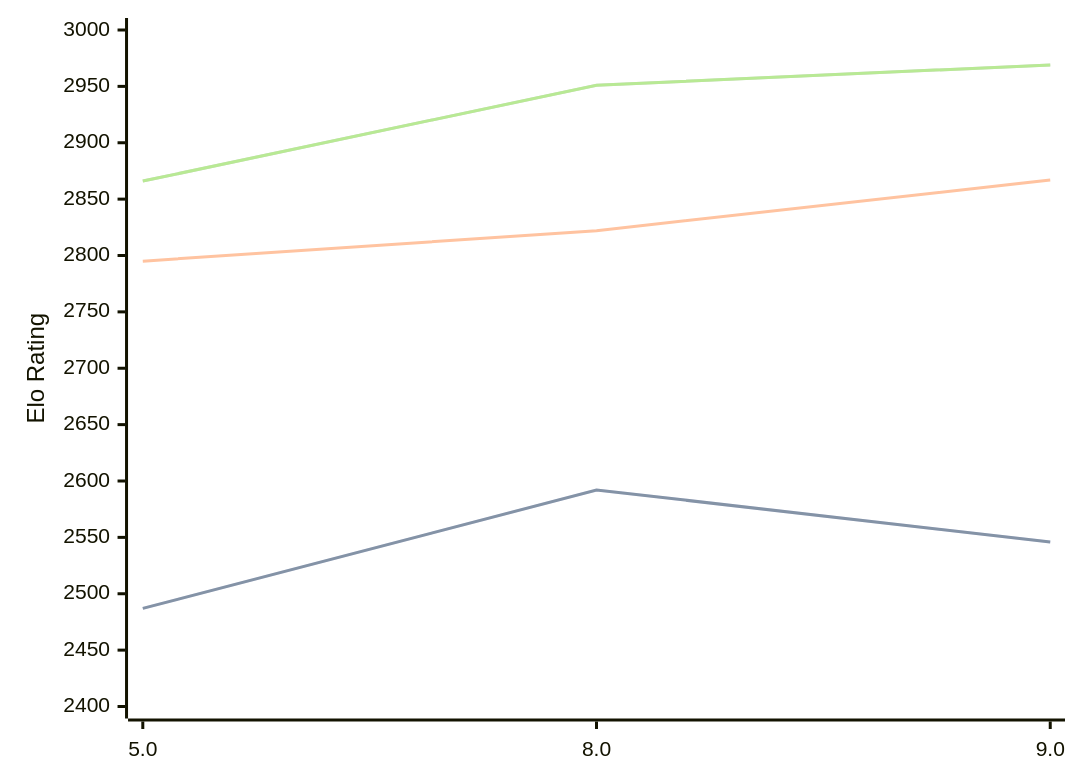
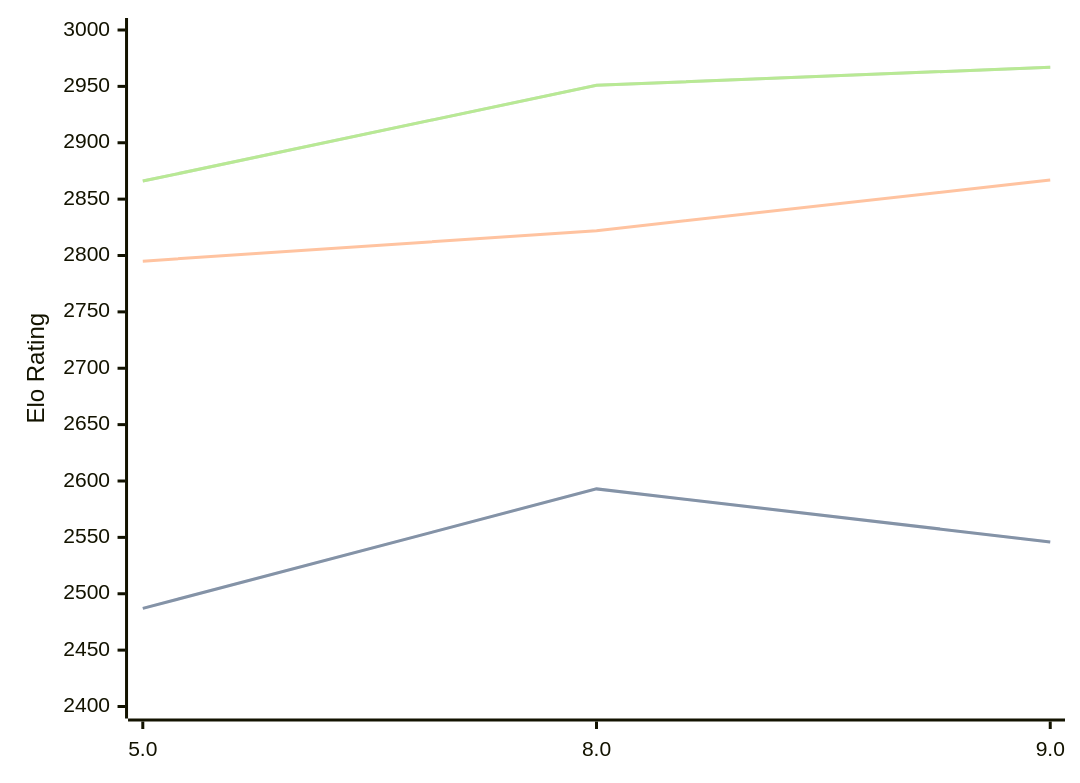
Before and after one commit to computer-chess-index/cci: the diagram in engines/4kc.md, drawn with Mermaid. The commit also changed other lines of this file, not shown here.

Commit message:
Update CCI Ratings (ELO VLTC) - 2026-09-30

````diff
--- a/engines/4kc.md
+++ b/engines/4kc.md
@@ -33,11 +33,11 @@
 ```mermaid
 %%{init: {"theme":"base","themeVariables":{"seriesColors:['#a3a3a3','#222221','#faa371']}}}%%
 xychart-beta
   x-axis ["5.0", "8.0", "9.0"]
   y-axis "Elo Rating" 2400 --> 3000
-  line "" [2487, 2592, 2546]
-  line "STC (8.0+0.08s)" [2487, 2592, 2546]
+  line "" [2487, 2593, 2546]
+  line "STC (8.0+0.08s)" [2487, 2593, 2546]
   line "LTC (60.0+0.60s)" [2795, 2822, 2867]
-  line "" [2866, 2951, 2969]
-  line "VLTC (2m24s+1.12s)" [2866, 2951, 2969]
+  line "" [2866, 2951, 2967]
+  line "VLTC (2m24s+1.12s)" [2866, 2951, 2967]
 ```
````
